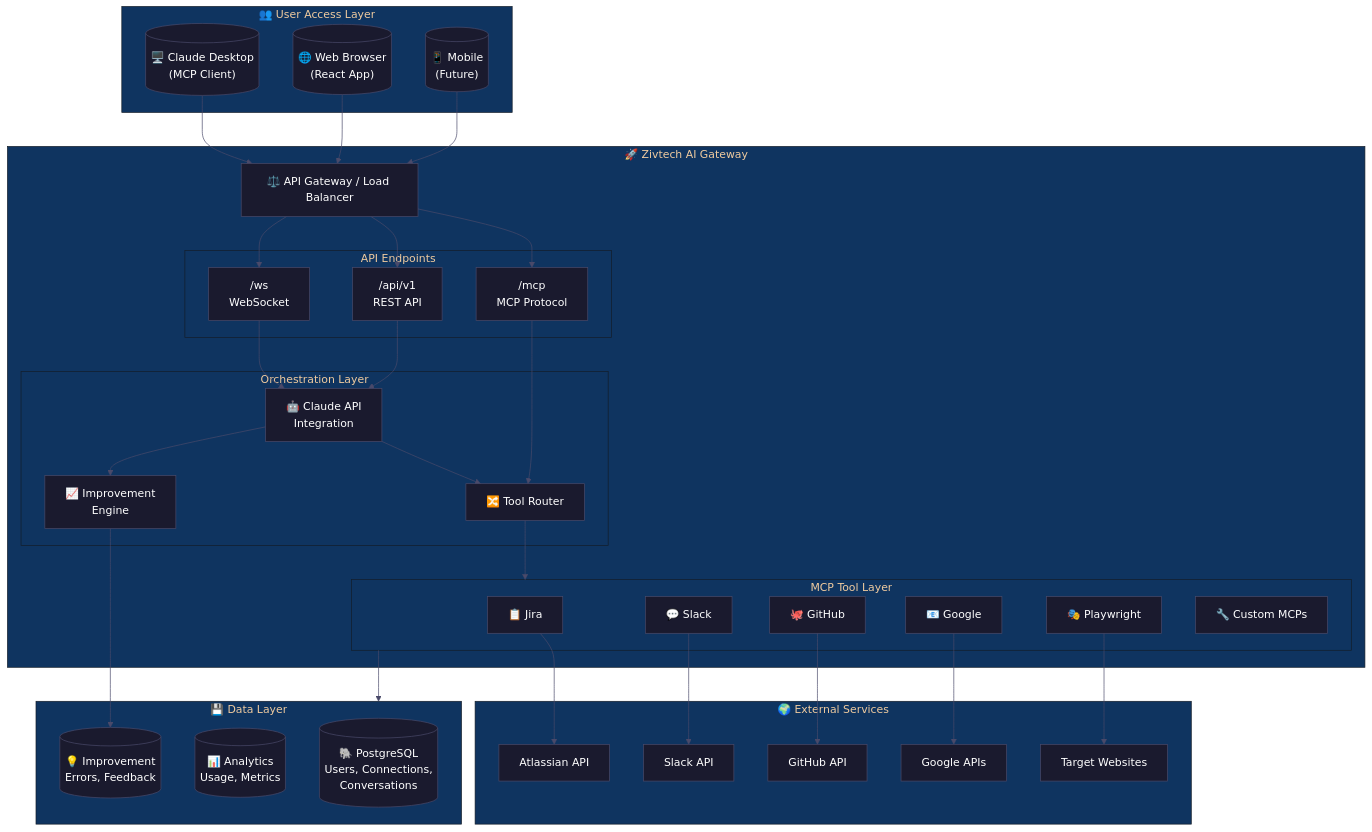
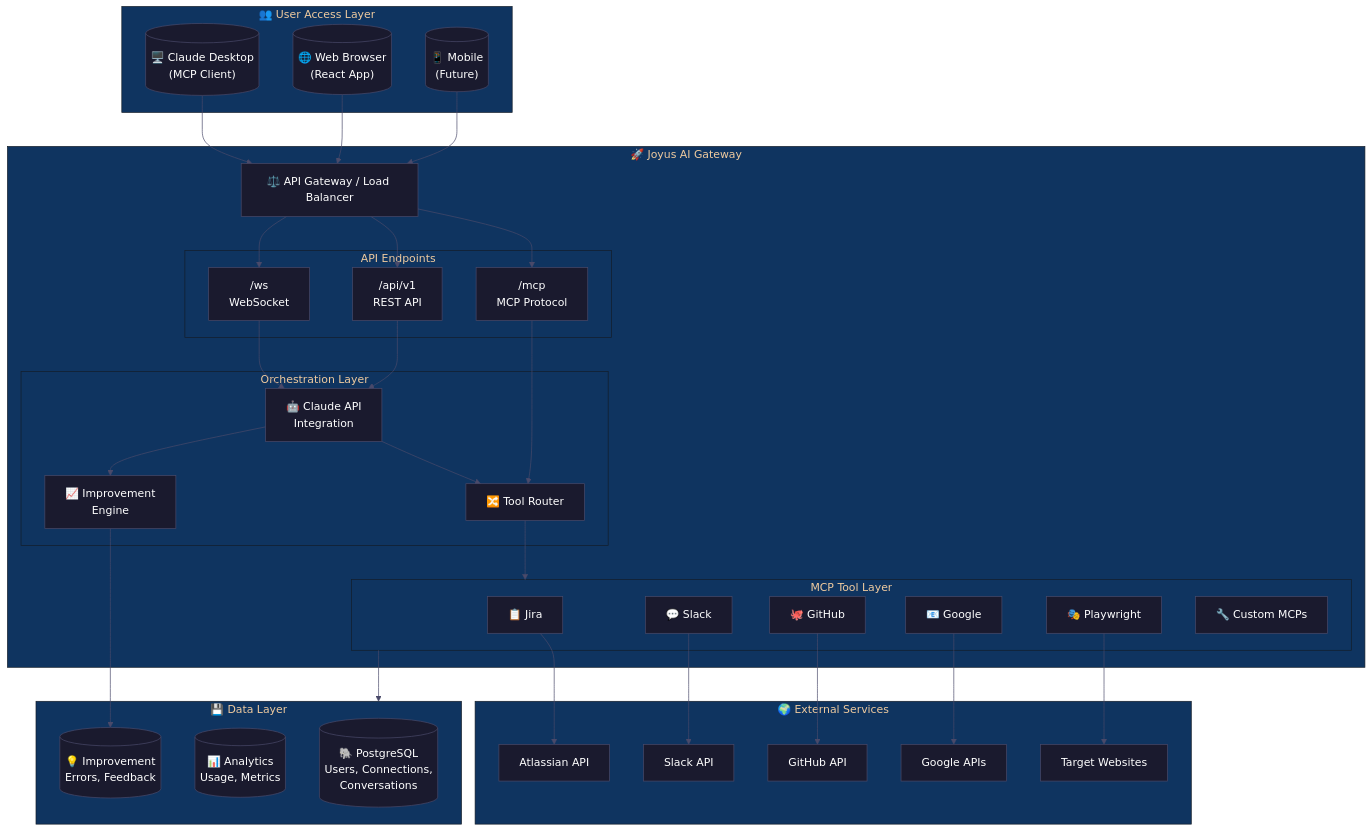
Before and after one commit to zivtech/joyus-ai: the diagram in joyus-ai-mcp-server/docs/diagrams/system-architecture.mermaid, drawn with Mermaid. The commit also changed 51 other files, not shown here.

```diff
--- a/joyus-ai-mcp-server/docs/diagrams/system-architecture.mermaid
+++ b/joyus-ai-mcp-server/docs/diagrams/system-architecture.mermaid
@@ -1,71 +1,71 @@
 %%{init: {'theme': 'base', 'themeVariables': { 'primaryColor': '#1a1a2e', 'primaryTextColor': '#fff', 'primaryBorderColor': '#4a4a6a', 'lineColor': '#4a4a6a', 'secondaryColor': '#16213e', 'tertiaryColor': '#0f3460'}}}%%
 flowchart TB
     subgraph Users["👥 User Access Layer"]
         CD[("🖥️ Claude Desktop<br/>(MCP Client)")]
         WEB[("🌐 Web Browser<br/>(React App)")]
         MOB[("📱 Mobile<br/>(Future)")]
     end
 
-    subgraph Gateway["🚀 Zivtech AI Gateway"]
+    subgraph Gateway["🚀 Joyus AI Gateway"]
         LB["⚖️ API Gateway / Load Balancer"]
 
         subgraph Endpoints["API Endpoints"]
             MCP["/mcp<br/>MCP Protocol"]
             API["/api/v1<br/>REST API"]
             WS["/ws<br/>WebSocket"]
         end
 
         subgraph Orchestration["Orchestration Layer"]
             ROUTER["🔀 Tool Router"]
             CLAUDE["🤖 Claude API<br/>Integration"]
             IMPROVE["📈 Improvement<br/>Engine"]
         end
 
         subgraph MCPs["MCP Tool Layer"]
             JIRA["📋 Jira"]
             SLACK["💬 Slack"]
             GITHUB["🐙 GitHub"]
             GOOGLE["📧 Google"]
             PLAYWRIGHT["🎭 Playwright"]
             CUSTOM["🔧 Custom MCPs"]
         end
     end
 
     subgraph Data["💾 Data Layer"]
         PG[("🐘 PostgreSQL<br/>Users, Connections,<br/>Conversations")]
         ANALYTICS[("📊 Analytics<br/>Usage, Metrics")]
         FEEDBACK[("💡 Improvement<br/>Errors, Feedback")]
     end
 
     subgraph External["🌍 External Services"]
         ATLASSIAN["Atlassian API"]
         SLACK_API["Slack API"]
         GH_API["GitHub API"]
         GOOGLE_API["Google APIs"]
         WEBSITES["Target Websites"]
     end
 
     CD --> LB
     WEB --> LB
     MOB --> LB
 
     LB --> MCP
     LB --> API
     LB --> WS
 
     MCP --> ROUTER
     API --> CLAUDE
     WS --> CLAUDE
 
     ROUTER --> MCPs
     CLAUDE --> ROUTER
     CLAUDE --> IMPROVE
 
     MCPs --> Data
     IMPROVE --> FEEDBACK
 
     JIRA --> ATLASSIAN
     SLACK --> SLACK_API
     GITHUB --> GH_API
     GOOGLE --> GOOGLE_API
     PLAYWRIGHT --> WEBSITES
```
